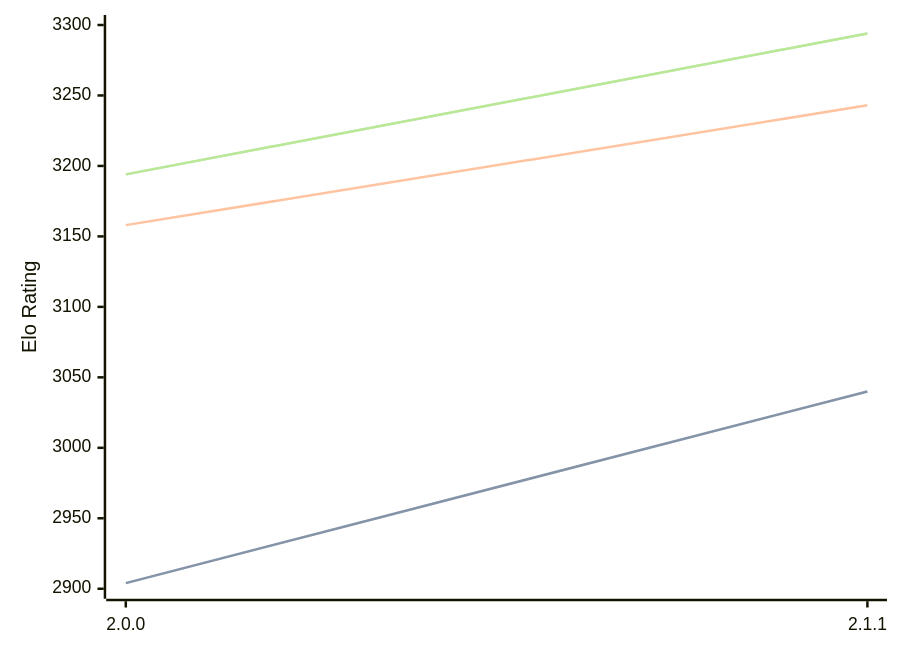
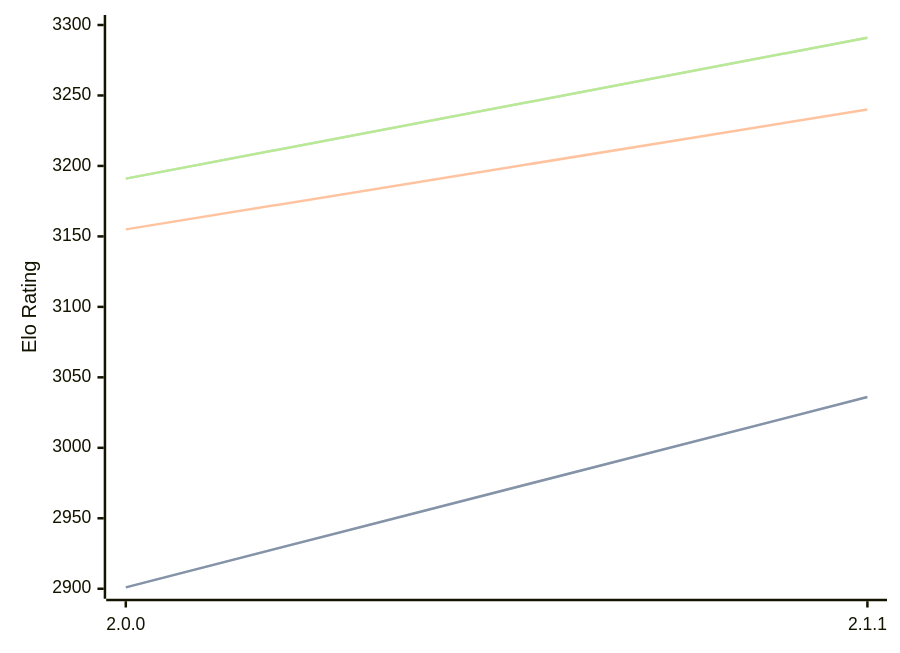
Before and after one commit to computer-chess-index/cci: the diagram in engines/Bread.md, drawn with Mermaid. The commit also changed other lines of this file, not shown here.

Commit message:
Update CCI Ratings (ELO VLTC) - 2026-03-10

````diff
--- a/engines/Bread.md
+++ b/engines/Bread.md
@@ -48,11 +48,11 @@
 ```mermaid
 %%{init: {"theme":"base","themeVariables":{"seriesColors:['#a3a3a3','#222221','#faa371']}}}%%
 xychart-beta
   x-axis ["2.0.0", "2.1.1"]
   y-axis "Elo Rating" 2900 --> 3300
-  line "STC (8.0+0.08s)" [2904, 3040]
-  line "STC (8.0+0.08s)" [2904, 3040]
-  line "LTC (60.0+0.60s)" [3158, 3243]
-  line "VLTC (2m24s+1.12s)" [3194, 3294]
-  line "VLTC (2m24s+1.12s)" [3194, 3294]
+  line "STC (8.0+0.08s)" [2901, 3036]
+  line "STC (8.0+0.08s)" [2901, 3036]
+  line "LTC (60.0+0.60s)" [3155, 3240]
+  line "VLTC (2m24s+1.12s)" [3191, 3291]
+  line "VLTC (2m24s+1.12s)" [3191, 3291]
 ```
````
